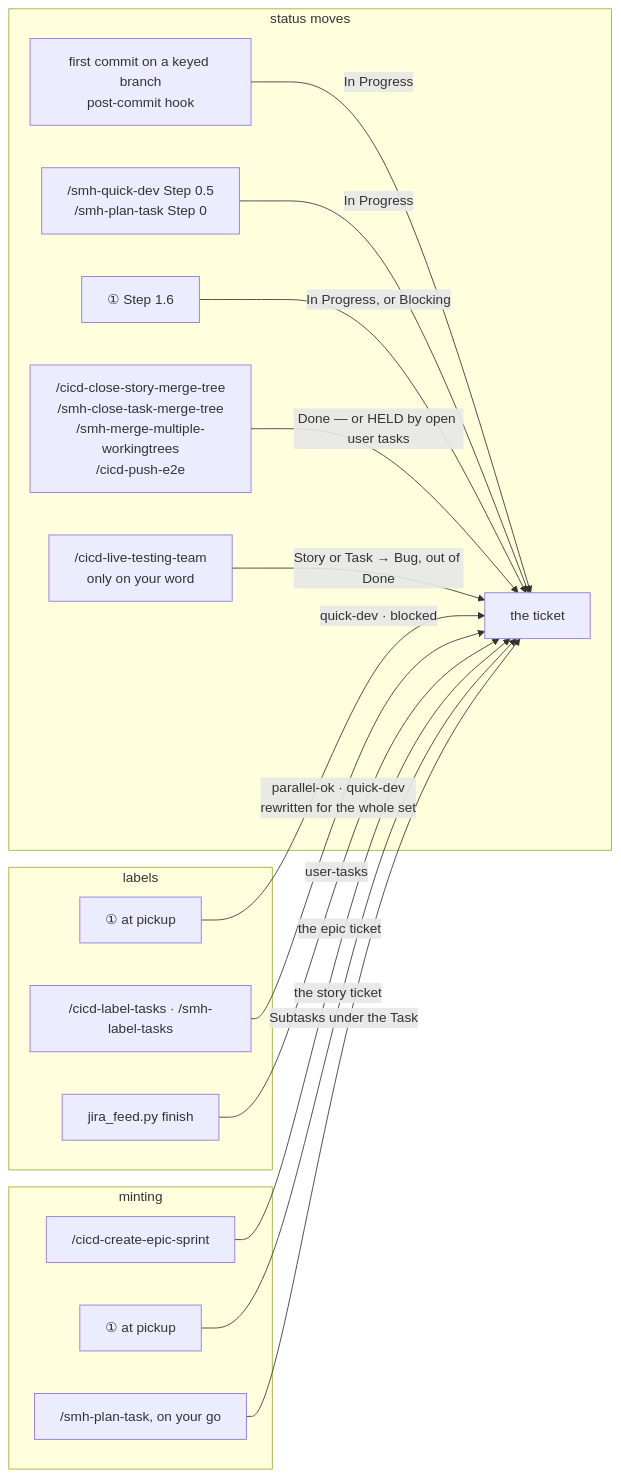
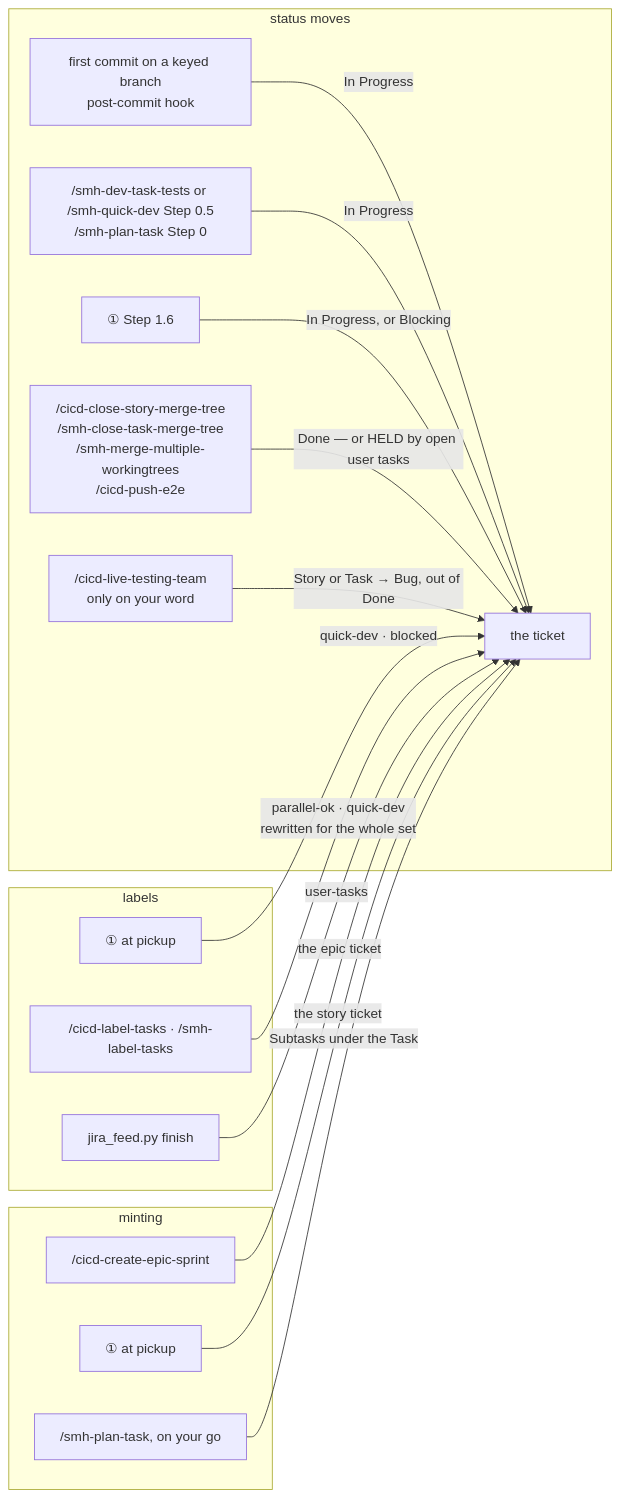
Before and after one commit to sudomadhatter/Sudo_Hatter_Command: diagram 13 of 46 in docs/_scc_sops_prds/operator_workflows_quickref.md, drawn with Mermaid. The commit also changed other lines of this file and 74 other files, not shown here.

First line of the commit message:
SCC-445 feat(commands): /smh-quick-dev is the quick lane; the full Task lane is /smh-dev-task-tests; /smh-quick-fix retired

````diff
--- a/docs/_scc_sops_prds/operator_workflows_quickref.md
+++ b/docs/_scc_sops_prds/operator_workflows_quickref.md
@@ -427,20 +427,20 @@
 ```mermaid
 flowchart LR
     subgraph MOVE ["status moves"]
         A["first commit on a keyed branch\npost-commit hook"] -->|"In Progress"| B["the ticket"]
-        C["/smh-quick-dev Step 0.5\n/smh-plan-task Step 0"] -->|"In Progress"| B
+        C["/smh-dev-task-tests or /smh-quick-dev Step 0.5\n/smh-plan-task Step 0"] -->|"In Progress"| B
         D["① Step 1.6"] -->|"In Progress, or Blocking"| B
         E["/cicd-close-story-merge-tree\n/smh-close-task-merge-tree\n/smh-merge-multiple-workingtrees\n/cicd-push-e2e"] -->|"Done — or HELD by open user tasks"| B
         F["/cicd-live-testing-team\nonly on your word"] -->|"Story or Task → Bug, out of Done"| B
     end
     subgraph LABEL ["labels"]
         G["① at pickup"] -->|"quick-dev · blocked"| B
         H["/cicd-label-tasks · /smh-label-tasks"] -->|"parallel-ok · quick-dev\nrewritten for the whole set"| B
         I["jira_feed.py finish"] -->|"user-tasks"| B
     end
     subgraph MINT ["minting"]
         J["/cicd-create-epic-sprint"] -->|"the epic ticket"| B
         K["① at pickup"] -->|"the story ticket"| B
         L["/smh-plan-task, on your go"] -->|"Subtasks under the Task"| B
     end
 ```
````
